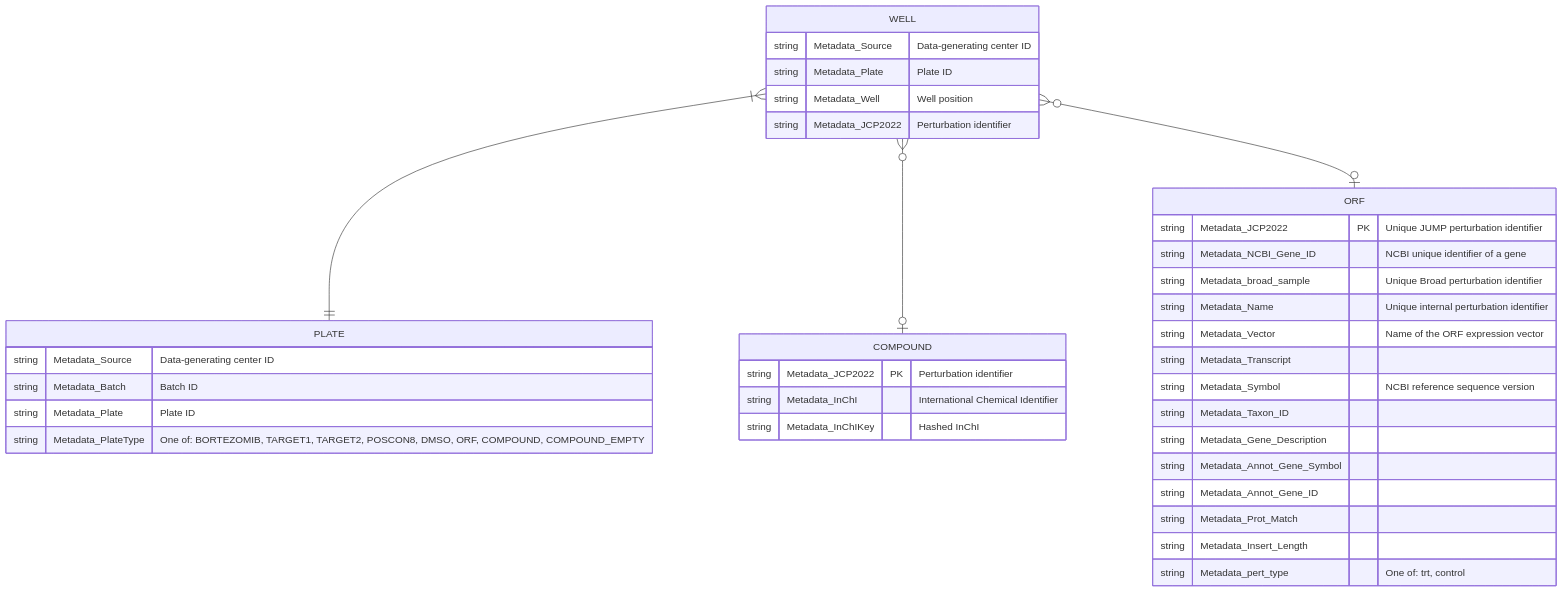
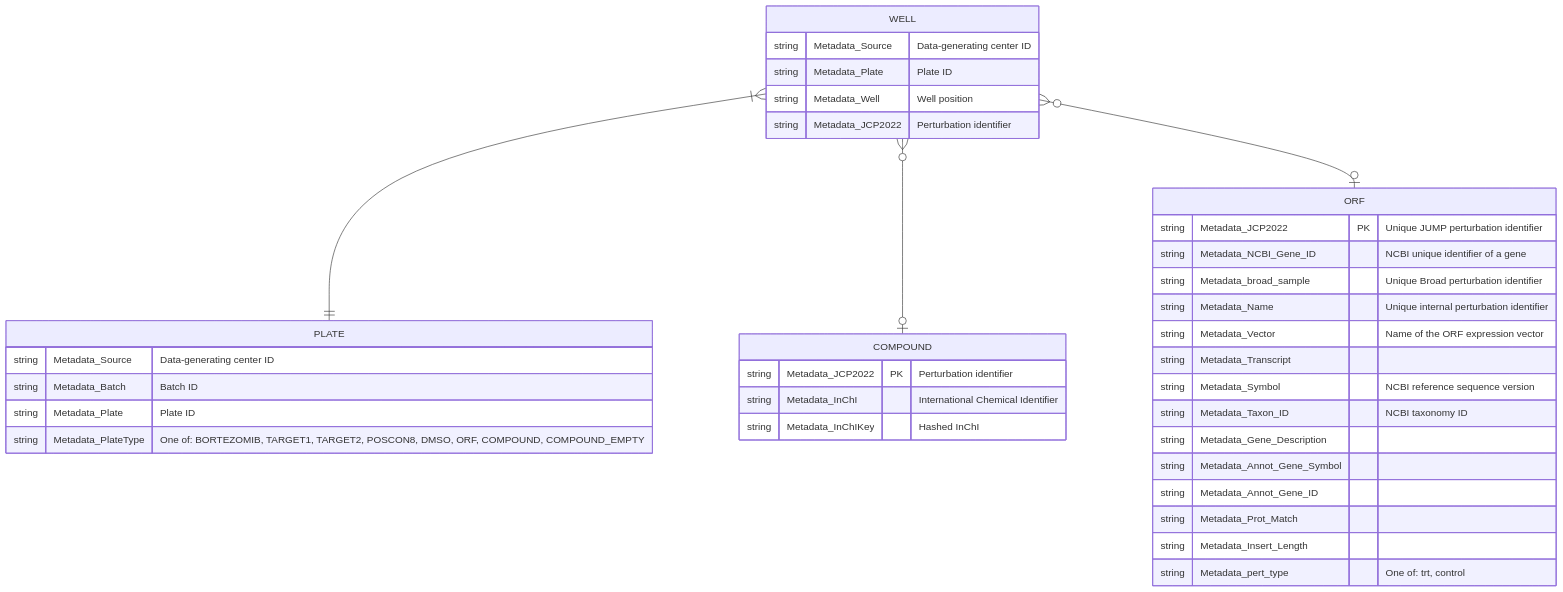
One commit to jump-cellpainting/datasets changed the diagram in metadata/README.md. Above: the diagram before and after it, drawn with Mermaid.

````diff
--- a/metadata/README.md
+++ b/metadata/README.md
@@ -6,39 +6,39 @@
 ```mermaid
 erDiagram
     WELL }|--|| PLATE : ""
     WELL {
         string Metadata_Source "Data-generating center ID"
         string Metadata_Plate "Plate ID"
         string Metadata_Well "Well position"
         string Metadata_JCP2022 "Perturbation identifier"
     }
     PLATE {
         string Metadata_Source "Data-generating center ID"
         string Metadata_Batch "Batch ID"
         string Metadata_Plate "Plate ID"
         string Metadata_PlateType "One of: BORTEZOMIB, TARGET1, TARGET2, POSCON8, DMSO, ORF, COMPOUND, COMPOUND_EMPTY"
     }
     WELL }o--o| COMPOUND : ""
     COMPOUND {
         string Metadata_JCP2022 PK "Perturbation identifier"
         string Metadata_InChI "International Chemical Identifier"
         string Metadata_InChIKey "Hashed InChI"
     }
     WELL }o--o| ORF : ""
     ORF {
         string Metadata_JCP2022 PK "Unique JUMP perturbation identifier"
         string Metadata_NCBI_Gene_ID "NCBI unique identifier of a gene"
         string Metadata_broad_sample "Unique Broad perturbation identifier"
         string Metadata_Name "Unique internal perturbation identifier"
         string Metadata_Vector "Name of the ORF expression vector"
         string Metadata_Transcript ""
         string Metadata_Symbol "NCBI reference sequence version"
-        string Metadata_Taxon_ID ""
+        string Metadata_Taxon_ID "NCBI taxonomy ID"
         string Metadata_Gene_Description ""
         string Metadata_Annot_Gene_Symbol ""
         string Metadata_Annot_Gene_ID ""
         string Metadata_Prot_Match ""
         string Metadata_Insert_Length ""
         string Metadata_pert_type "One of: trt, control"
     }
 ```
````
